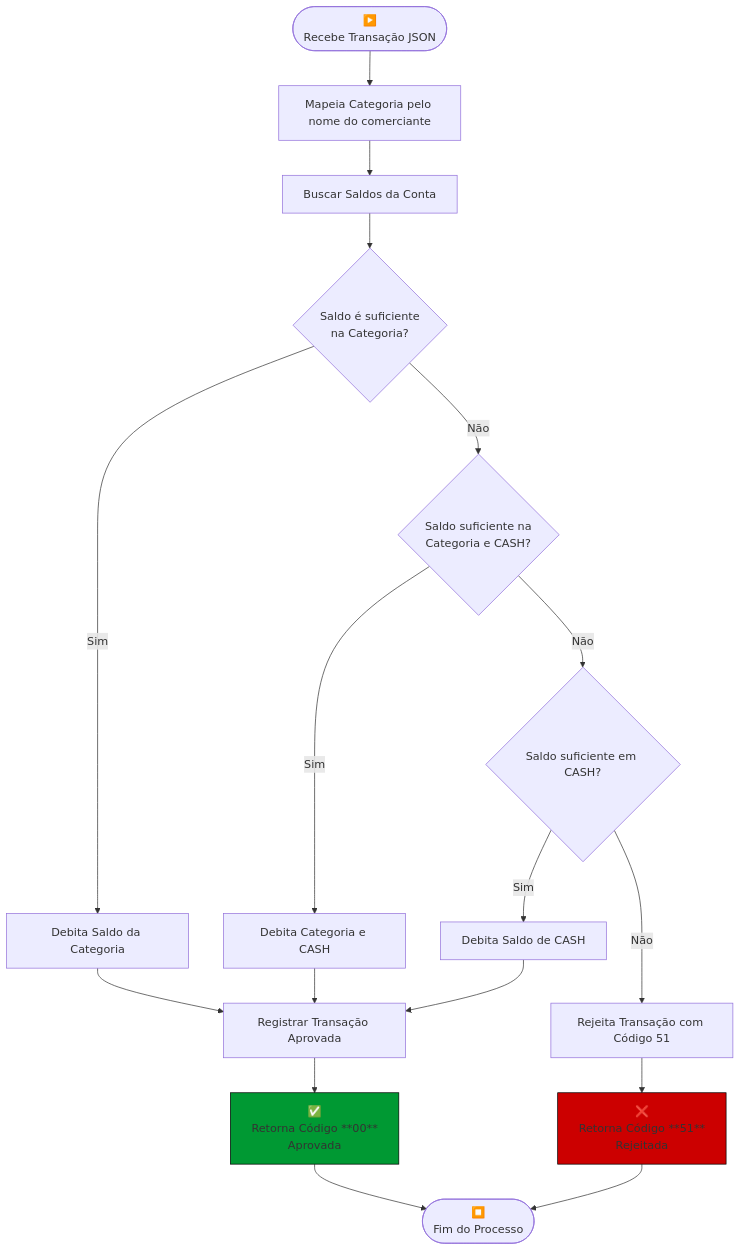
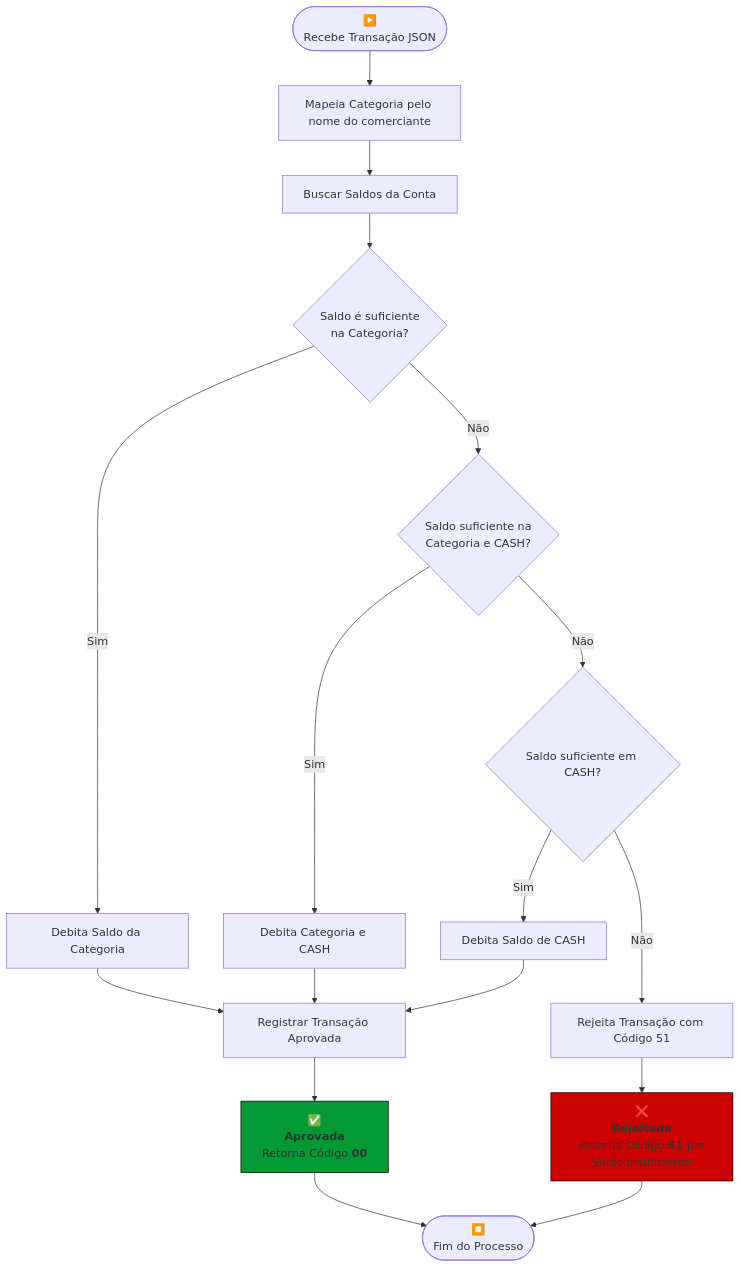
The first of 3 diagrams in README.md (marciovmartins/jtonynet-go-payments-api), drawn with Mermaid before and after one commit. The commit also changed other lines of this file and 4 other files, not shown here.

Commit message:
feat(doc): ADR 003, melhorias no readme e adicionado diagrama miro

````diff
--- a/README.md
+++ b/README.md
@@ -416,29 +416,29 @@
 ```mermaid
 flowchart TD
     A([▶️<br/>Recebe Transação JSON]) --> B[Mapeia Categoria pelo nome do comerciante]
     B --> C[Buscar Saldos da Conta]
     C --> D{Saldo é suficiente <br/> na Categoria?}
     
     D -- Sim --> E[Debita Saldo da Categoria]
     D -- Não --> F{Saldo suficiente na <br/> Categoria e CASH?}
     
     F -- Sim --> G[Debita Categoria e CASH]
     F -- Não --> H{Saldo suficiente em CASH?}
     
     H -- Sim --> I[Debita Saldo de CASH]
     H -- Não --> J[Rejeita Transação com Código 51]
     
     E --> K[Registrar Transação Aprovada]
     G --> K[Registrar Transação Aprovada]
     I --> K[Registrar Transação Aprovada]
     
-    K --> M[✅<br/>Retorna Código **00** <br/> Aprovada]
+    K --> M[✅<br/><b>Aprovada</b><br/> Retorna Código <b>00</b>]
     
-    J --> N[❌<br/>Retorna Código **51** <br/> Rejeitada]
+    J --> N[❌<br/><b>Rejeitada</b><br/> Retorna Código <b>51</b> por Saldo Insuficiente</b>]
 
     N --> O([⏹️<br/>Fim do Processo])
     M --> O
 
     style M fill:#009933,stroke:#000
     style N fill:#cc0000,stroke:#000
 ```
````
